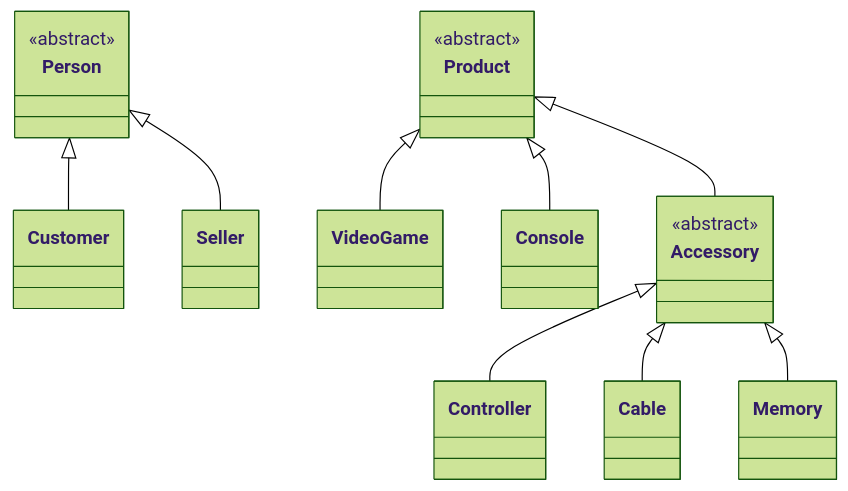
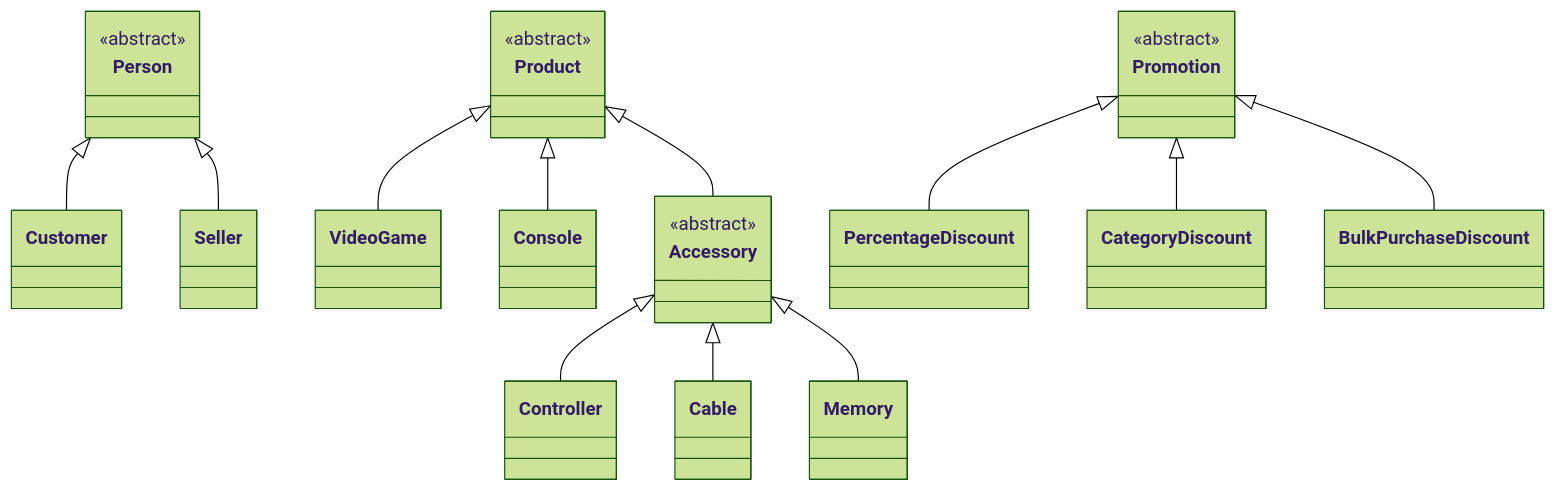
One commit to Oscar-Palomino-07/GameZoneUnicesar changed the diagram in docs/hierarchy-diagram.md. Above: the diagram before and after it, drawn with Mermaid (forest theme).

Commit message:
docs: update hierarchy diagram with promotion classes

````diff
--- a/docs/hierarchy-diagram.md
+++ b/docs/hierarchy-diagram.md
@@ -3,29 +3,39 @@
 ```mermaid
 classDiagram
     class Person {
         <<abstract>>
     }
     class Customer
     class Seller
     Person <|-- Customer
     Person <|-- Seller
 
     class Product {
         <<abstract>>
     }
     class VideoGame
     class Console
     Product <|-- VideoGame
     Product <|-- Console
 
     class Accessory {
         <<abstract>>
     }
     class Controller
     class Cable
     class Memory
     Product <|-- Accessory
     Accessory <|-- Controller
     Accessory <|-- Cable
     Accessory <|-- Memory
+
+    class Promotion {
+        <<abstract>>
+    }
+    class PercentageDiscount
+    class CategoryDiscount
+    class BulkPurchaseDiscount
+    Promotion <|-- PercentageDiscount
+    Promotion <|-- CategoryDiscount
+    Promotion <|-- BulkPurchaseDiscount
 ```
````
